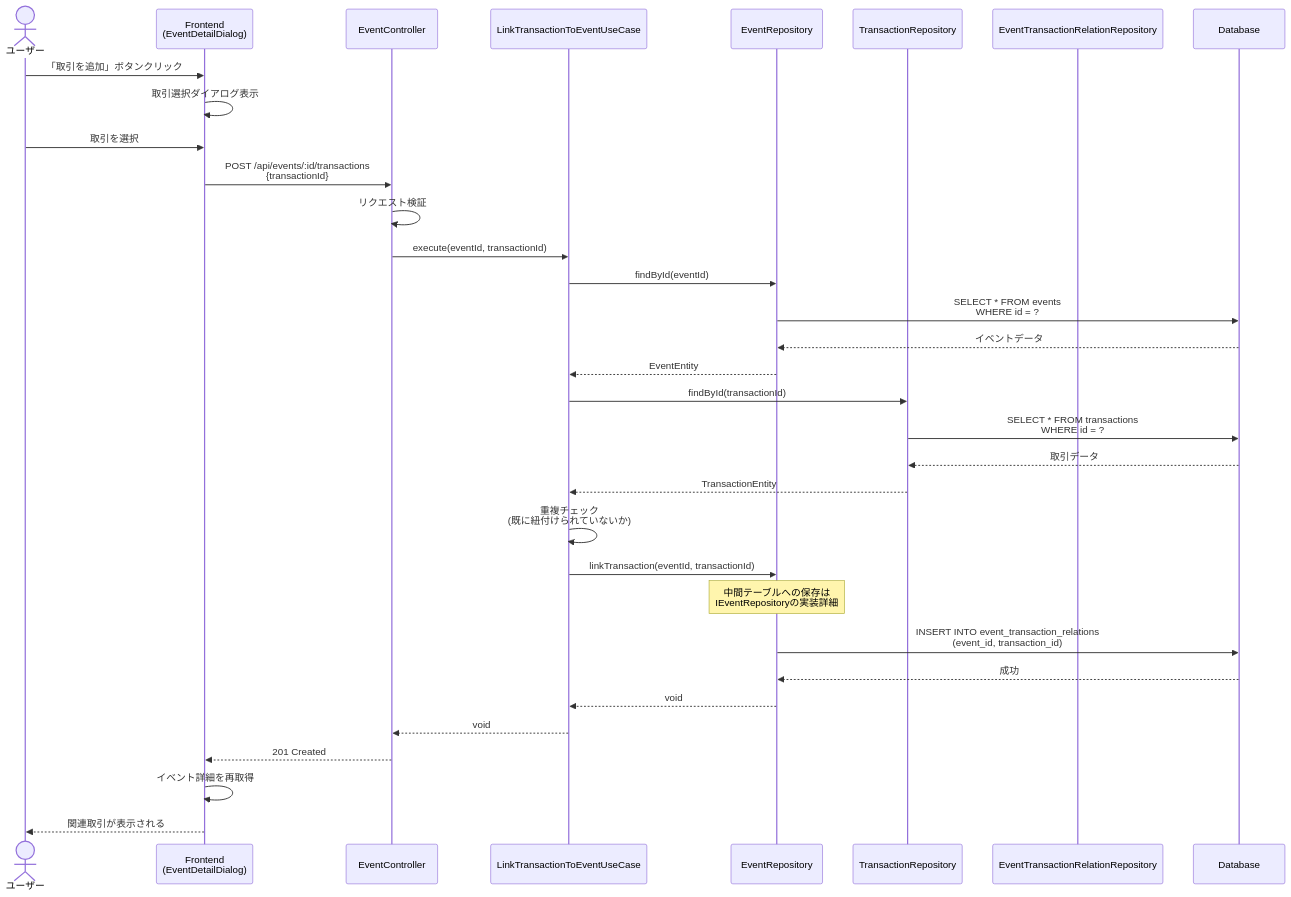
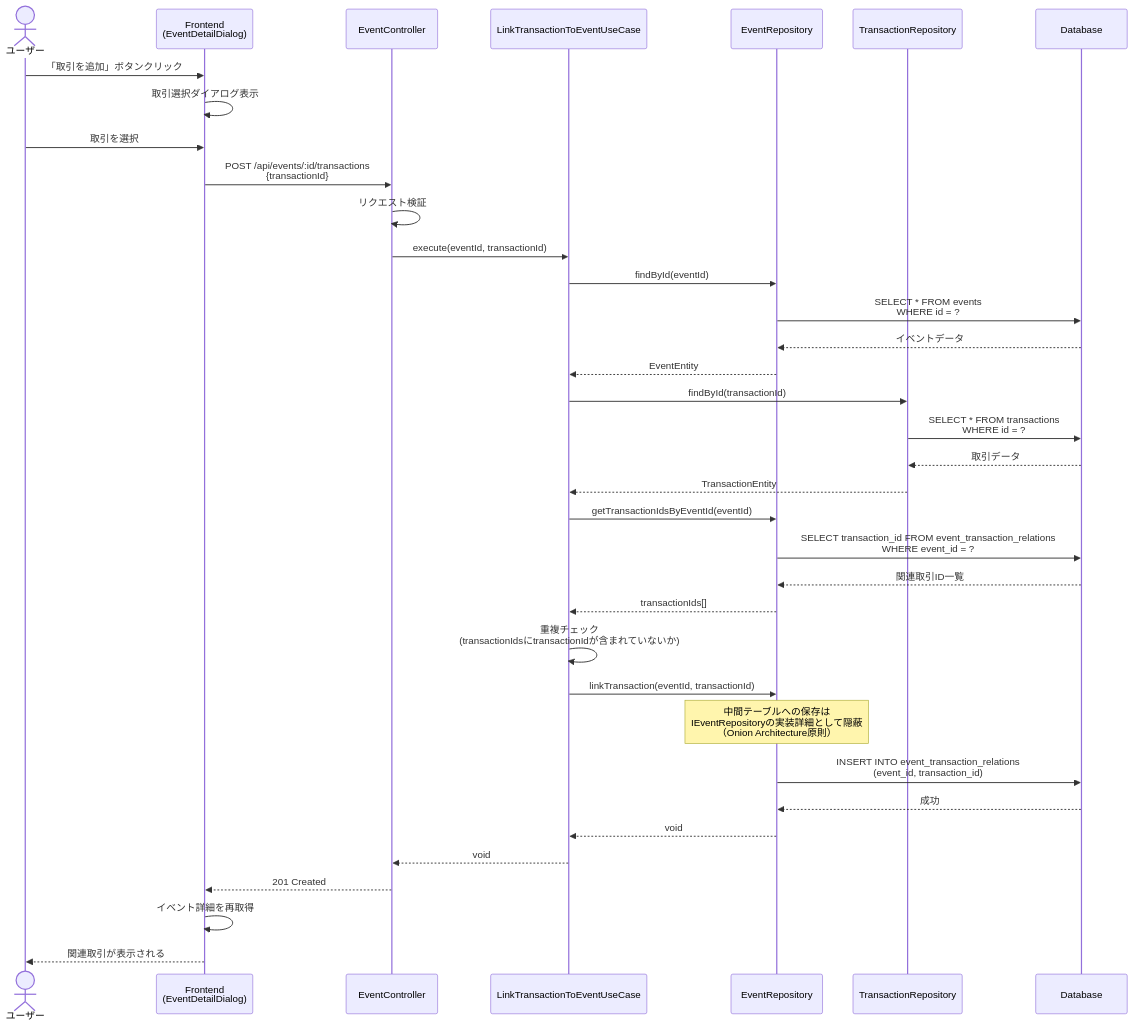
Before and after one commit to kencom2400/account-book: the sixth of 10 diagrams in docs/detailed-design/FR-021_event-memo/sequence-diagrams.md, drawn with Mermaid. The commit also changed other lines of this file and 3 other files, not shown here.

````diff
--- a/docs/detailed-design/FR-021_event-memo/sequence-diagrams.md
+++ b/docs/detailed-design/FR-021_event-memo/sequence-diagrams.md
@@ -370,44 +376,48 @@
 ```mermaid
 sequenceDiagram
     actor User as ユーザー
     participant FE as Frontend<br/>(EventDetailDialog)
     participant API as EventController
     participant UC as LinkTransactionToEventUseCase
     participant EventRepo as EventRepository
     participant TransRepo as TransactionRepository
-    participant RelationRepo as EventTransactionRelationRepository
     participant DB as Database
 
     User->>FE: 「取引を追加」ボタンクリック
     FE->>FE: 取引選択ダイアログ表示
 
     User->>FE: 取引を選択
     FE->>API: POST /api/events/:id/transactions<br/>{transactionId}
 
     API->>API: リクエスト検証
     API->>UC: execute(eventId, transactionId)
 
     UC->>EventRepo: findById(eventId)
     EventRepo->>DB: SELECT * FROM events<br/>WHERE id = ?
     DB-->>EventRepo: イベントデータ
     EventRepo-->>UC: EventEntity
 
     UC->>TransRepo: findById(transactionId)
     TransRepo->>DB: SELECT * FROM transactions<br/>WHERE id = ?
     DB-->>TransRepo: 取引データ
     TransRepo-->>UC: TransactionEntity
 
-    UC->>UC: 重複チェック<br/>(既に紐付けられていないか)
+    UC->>EventRepo: getTransactionIdsByEventId(eventId)
+    EventRepo->>DB: SELECT transaction_id FROM event_transaction_relations<br/>WHERE event_id = ?
+    DB-->>EventRepo: 関連取引ID一覧
+    EventRepo-->>UC: transactionIds[]
+
+    UC->>UC: 重複チェック<br/>(transactionIdsにtransactionIdが含まれていないか)
 
     UC->>EventRepo: linkTransaction(eventId, transactionId)
-    Note over EventRepo: 中間テーブルへの保存は<br/>IEventRepositoryの実装詳細
+    Note over EventRepo: 中間テーブルへの保存は<br/>IEventRepositoryの実装詳細として隠蔽<br/>（Onion Architecture原則）
     EventRepo->>DB: INSERT INTO event_transaction_relations<br/>(event_id, transaction_id)
     DB-->>EventRepo: 成功
     EventRepo-->>UC: void
 
     UC-->>API: void
     API-->>FE: 201 Created
 
     FE->>FE: イベント詳細を再取得
     FE-->>User: 関連取引が表示される
 ```
````
